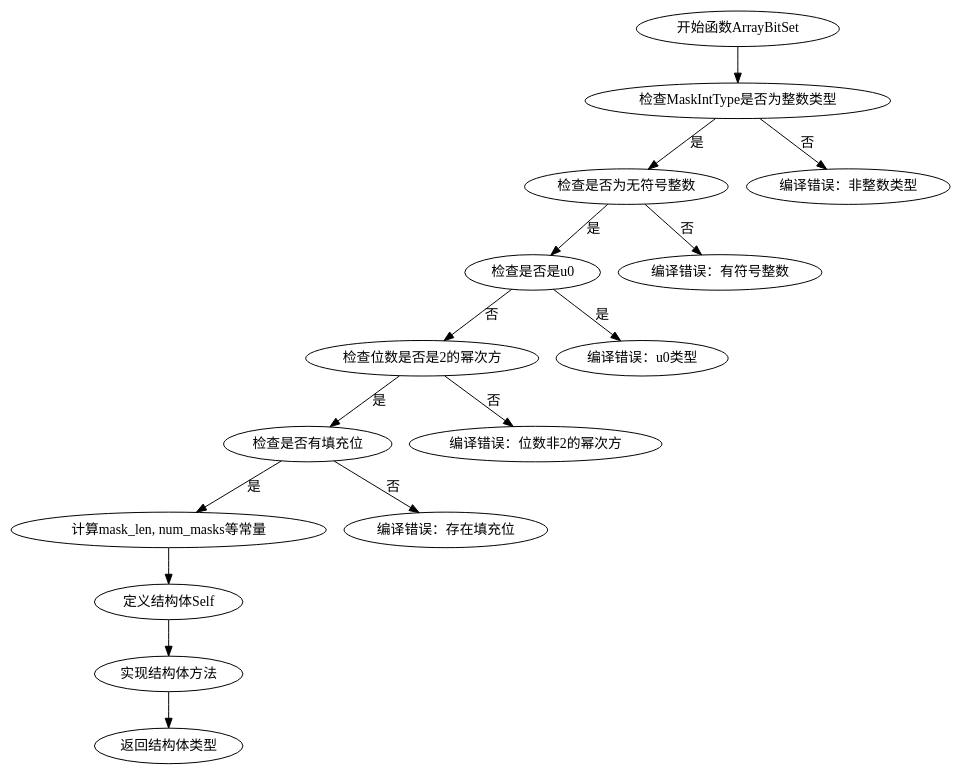
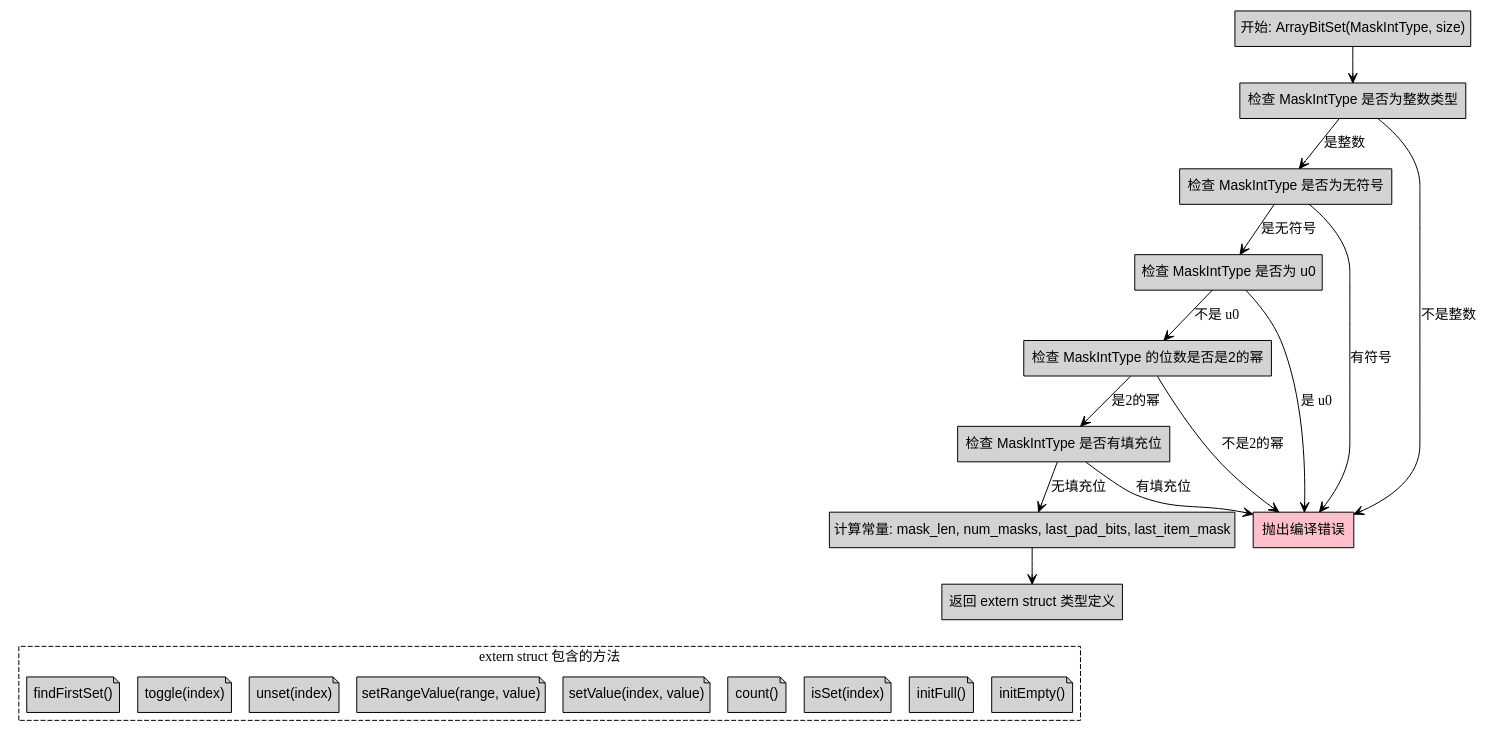
The diagram in dot_std/bit_set.zig.ArrayBitSet.md (sdzx-1/deepseek-zig-reader), drawn with Graphviz before and after one commit. The commit also changed other lines of this file and 236 other files, not shown here.

````diff
--- a/dot_std/bit_set.zig.ArrayBitSet.md
+++ b/dot_std/bit_set.zig.ArrayBitSet.md
@@ -43,34 +31,54 @@
-```graphviz
-digraph ArrayBitSet {
-    start [label="开始函数ArrayBitSet"];
-    check_int [label="检查MaskIntType是否为整数类型"];
-    check_unsigned [label="检查是否为无符号整数"];
-    check_u0 [label="检查是否是u0"];
-    check_power_of_two [label="检查位数是否是2的幂次方"];
-    check_padding [label="检查是否有填充位"];
-    compute_constants [label="计算mask_len, num_masks等常量"];
-    define_struct [label="定义结构体Self"];
-    implement_methods [label="实现结构体方法"];
-    return_struct [label="返回结构体类型"];
-    error_int [label="编译错误：非整数类型"];
-    error_unsigned [label="编译错误：有符号整数"];
-    error_u0 [label="编译错误：u0类型"];
-    error_power [label="编译错误：位数非2的幂次方"];
-    error_padding [label="编译错误：存在填充位"];
+```dot
+digraph G {
+    node [shape=rectangle, fontname="Arial", style="filled", fillcolor="lightgrey"];
+    edge [arrowhead=vee];
+
+    start [label="开始: ArrayBitSet(MaskIntType, size)"];
+    check_int [label="检查 MaskIntType 是否为整数类型"];
+    check_unsigned [label="检查 MaskIntType 是否为无符号"];
+    check_u0 [label="检查 MaskIntType 是否为 u0"];
+    check_power_of_two [label="检查 MaskIntType 的位数是否是2的幂"];
+    check_padding [label="检查 MaskIntType 是否有填充位"];
+    calculate_constants [label="计算常量: mask_len, num_masks, last_pad_bits, last_item_mask"];
+    return_struct [label="返回 extern struct 类型定义"];
+    error_compile [label="抛出编译错误", fillcolor="pink"];
 
     start -> check_int;
-    check_int -> error_int [label="否"];
-    check_int -> check_unsigned [label="是"];
-    check_unsigned -> error_unsigned [label="否"];
-    check_unsigned -> check_u0 [label="是"];
-    check_u0 -> error_u0 [label="是"];
-    check_u0 -> check_power_of_two [label="否"];
-    check_power_of_two -> error_power [label="否"];
-    check_power_of_two -> check_padding [label="是"];
-    check_padding -> error_padding [label="否"];
-    check_padding -> compute_constants [label="是"];
-    compute_constants -> define_struct;
-    define_struct -> implement_methods;
-    implement_methods -> return_struct;
+    check_int -> check_unsigned [label="是整数"];
+    check_int -> error_compile [label="不是整数"];
+
+    check_unsigned -> check_u0 [label="是无符号"];
+    check_unsigned -> error_compile [label="有符号"];
+
+    check_u0 -> check_power_of_two [label="不是 u0"];
+    check_u0 -> error_compile [label="是 u0"];
+
+    check_power_of_two -> check_padding [label="是2的幂"];
+    check_power_of_two -> error_compile [label="不是2的幂"];
+
+    check_padding -> calculate_constants [label="无填充位"];
+    check_padding -> error_compile [label="有填充位"];
+
+    calculate_constants -> return_struct;
+
+    // 结构体方法示意节点（简化表示）
+    subgraph cluster_struct {
+        label="extern struct 包含的方法";
+        style="dashed";
+        node [shape=note];
+
+        initEmpty [label="initEmpty()"];
+        initFull [label="initFull()"];
+        isSet [label="isSet(index)"];
+        count [label="count()"];
+        setValue [label="setValue(index, value)"];
+        setRangeValue [label="setRangeValue(range, value)"];
+        unset [label="unset(index)"];
+        toggle [label="toggle(index)"];
+        findFirstSet [label="findFirstSet()"];
+        // 其他方法省略...
+    }
+
+    return_struct -> initEmpty [style="invis"];
 }
 ```
````
